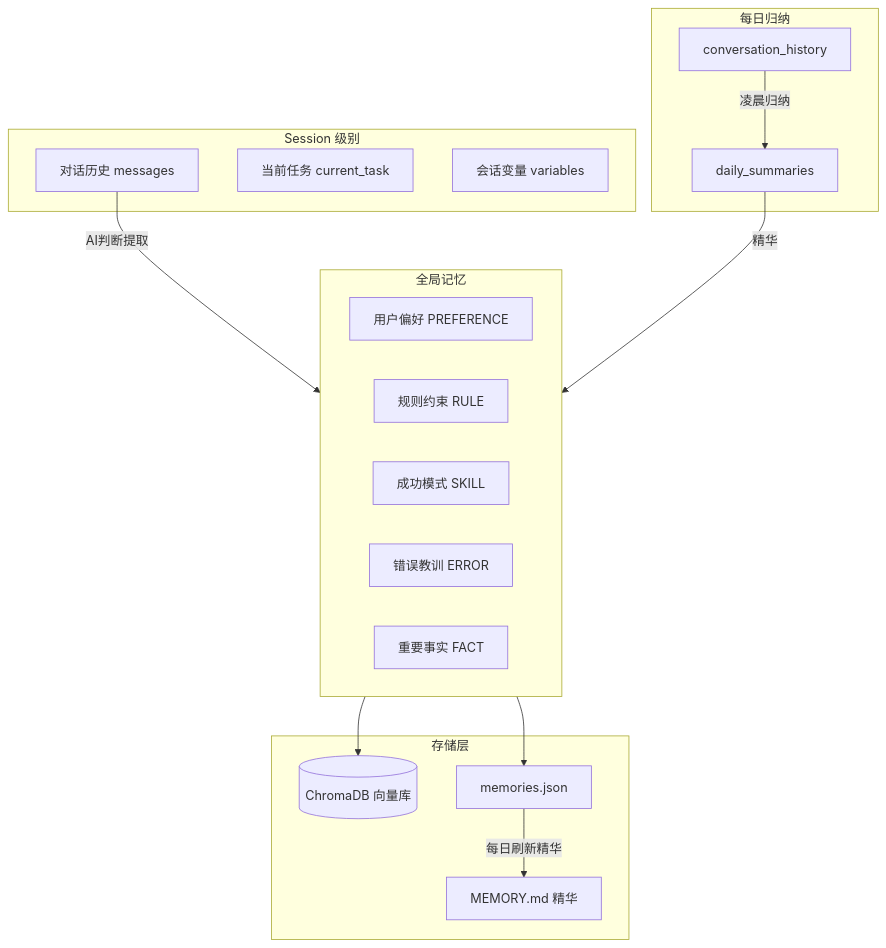
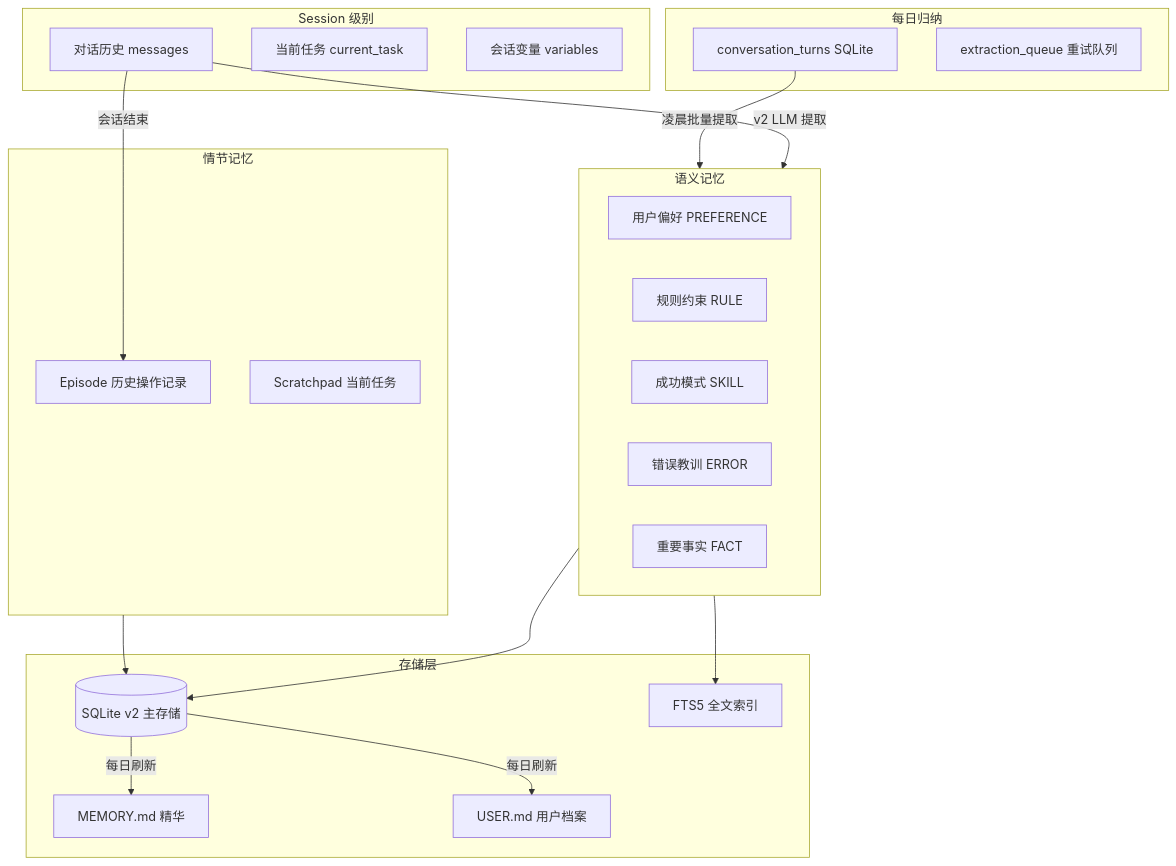
Before and after one commit to MaoChen1980/openakita: the first of 5 diagrams in docs/memory_architecture.md, drawn with Mermaid. The commit also changed other lines of this file and 14 other files, not shown here.

````diff
--- a/docs/memory_architecture.md
+++ b/docs/memory_architecture.md
@@ -7,34 +7,42 @@
 ```mermaid
 flowchart TB
     subgraph storage [存储层]
-        CHROMA[(ChromaDB 向量库)]
-        JSON[memories.json]
+        SQLITE[(SQLite v2 主存储)]
+        FTS[FTS5 全文索引]
         MEMMD[MEMORY.md 精华]
+        USERMD[USER.md 用户档案]
     end
-    
-    subgraph global [全局记忆]
+
+    subgraph semantic [语义记忆]
         PREF[用户偏好 PREFERENCE]
         RULE[规则约束 RULE]
         SKILL[成功模式 SKILL]
         ERROR[错误教训 ERROR]
         FACT[重要事实 FACT]
     end
-    
+
+    subgraph episode [情节记忆]
+        EP[Episode 历史操作记录]
+        SP[Scratchpad 当前任务]
+    end
+
     subgraph session [Session 级别]
         MSG[对话历史 messages]
         TASK[当前任务 current_task]
         VAR[会话变量 variables]
     end
-    
+
     subgraph daily [每日归纳]
-        HISTORY[conversation_history]
-        SUMMARY[daily_summaries]
+        TURNS[conversation_turns SQLite]
+        QUEUE[extraction_queue 重试队列]
     end
-    
-    global --> JSON
-    global --> CHROMA
-    JSON -->|每日刷新精华| MEMMD
-    MSG -->|AI判断提取| global
-    HISTORY -->|凌晨归纳| SUMMARY
-    SUMMARY -->|精华| global
+
+    semantic --> SQLITE
+    semantic --> FTS
+    episode --> SQLITE
+    SQLITE -->|每日刷新| MEMMD
+    SQLITE -->|每日刷新| USERMD
+    MSG -->|v2 LLM 提取| semantic
+    MSG -->|会话结束| EP
+    TURNS -->|凌晨批量提取| semantic
 ```
````
